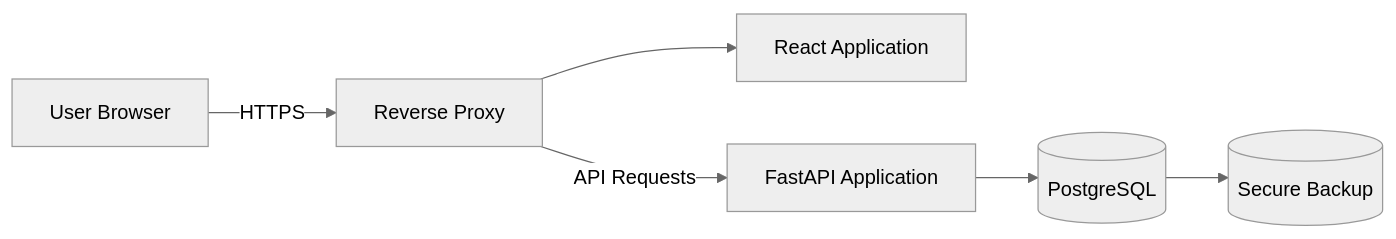
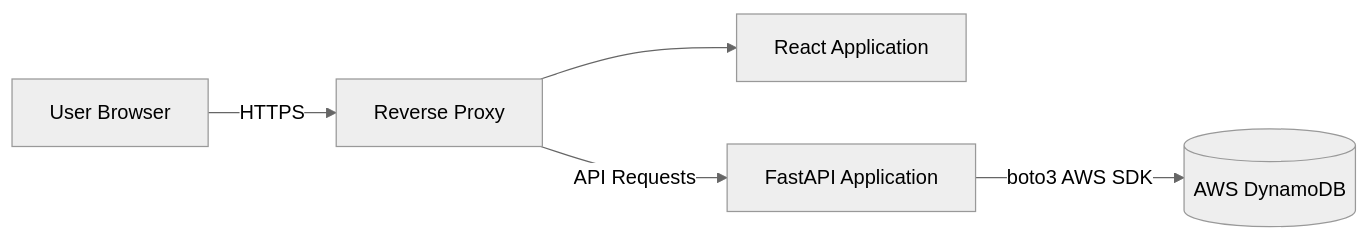
Before and after one commit to SS-Munna/CourseReg-wa: the eighth of 8 diagrams in docs/20-tdd.md, drawn with Mermaid (neutral theme). The commit also changed other lines of this file and 9 other files, not shown here.

Commit message:
docs: update database design for DynamoDB

````diff
--- a/docs/20-tdd.md
+++ b/docs/20-tdd.md
@@ -1245,15 +1490,13 @@
 ```mermaid
 flowchart LR
     Browser[User Browser]
     Proxy[Reverse Proxy]
     Frontend[React Application]
     Backend[FastAPI Application]
-    Database[(PostgreSQL)]
-    Backup[(Secure Backup)]
+    DB[(AWS DynamoDB)]
 
     Browser -->|HTTPS| Proxy
     Proxy --> Frontend
     Proxy -->|API Requests| Backend
-    Backend --> Database
-    Database --> Backup
+    Backend -->|boto3 AWS SDK| DB
 ```
````
